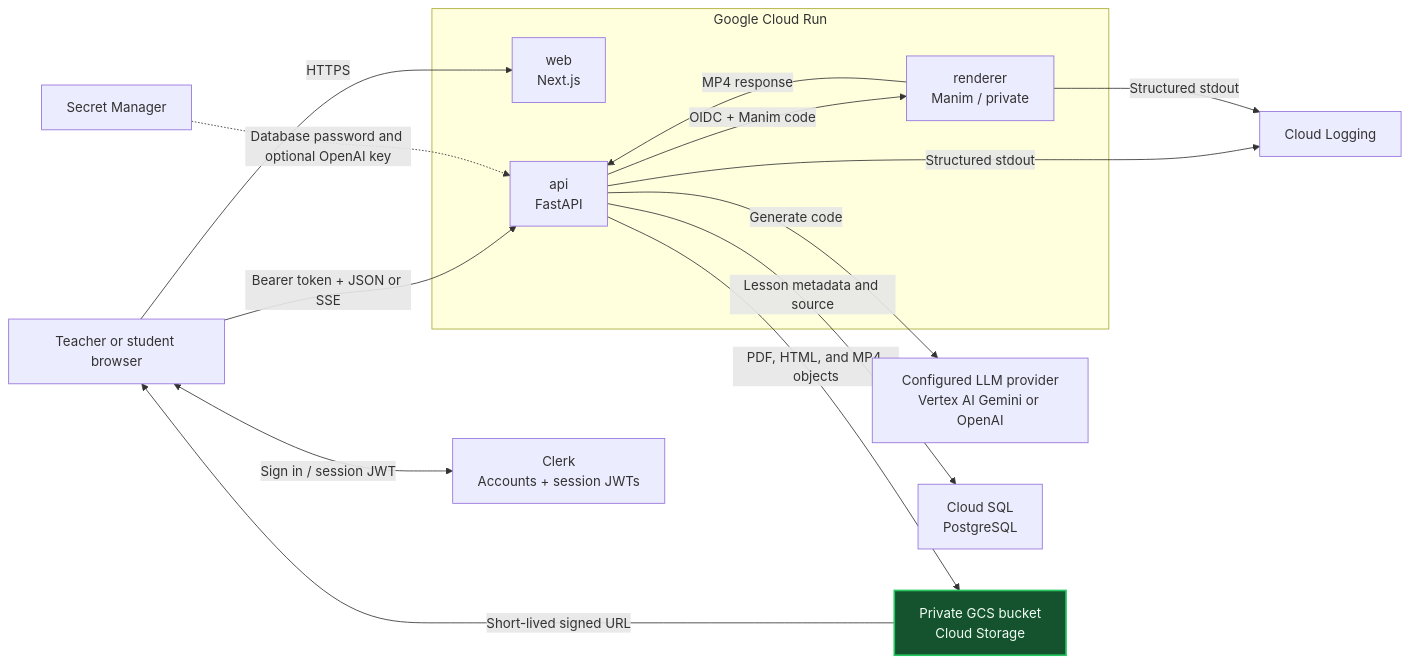
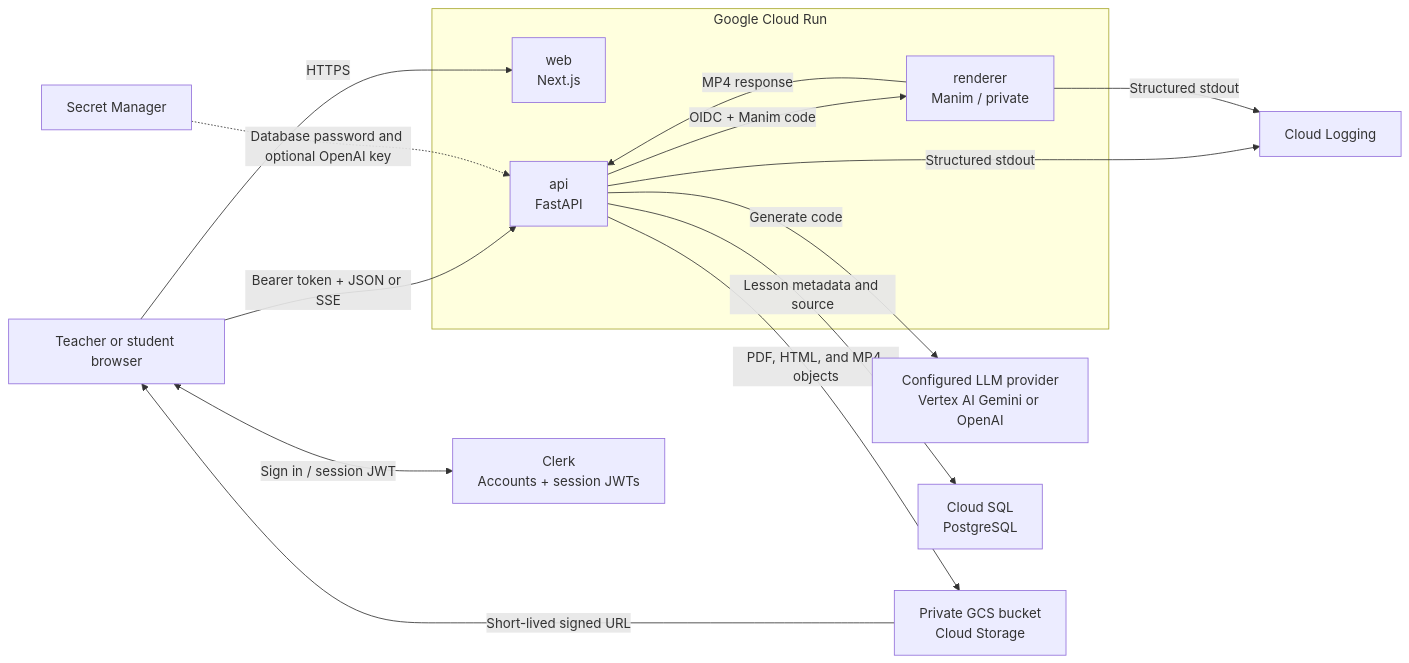
The diagram in README.md (avarzhou-ctrl/Chalksmith.ai), drawn with Mermaid before and after one commit. The commit also changed other lines of this file and 21 other files, not shown here.

````diff
--- a/README.md
+++ b/README.md
@@ -102,33 +102,31 @@
 ```mermaid
 flowchart LR
     Browser["Teacher or student browser"]
     Clerk["Clerk<br/>Accounts + session JWTs"]
     LLM["Configured LLM provider<br/>Vertex AI Gemini or OpenAI"]
 
     subgraph CloudRun["Google Cloud Run"]
         Web["web<br/>Next.js"]
         API["api<br/>FastAPI"]
         Renderer["renderer<br/>Manim / private"]
     end
 
     SQL["Cloud SQL<br/>PostgreSQL"]
     GCS["Private GCS bucket<br/>Cloud Storage"]
     Secrets["Secret Manager"]
     Logs["Cloud Logging"]
 
     Browser -->|"HTTPS"| Web
     Browser <-->|"Sign in / session JWT"| Clerk
     Browser -->|"Bearer token + JSON or SSE"| API
     API -->|"Generate code"| LLM
     API -->|"Lesson metadata and source"| SQL
     API -->|"PDF, HTML, and MP4 objects"| GCS
     API -->|"OIDC + Manim code"| Renderer
     Renderer -->|"MP4 response"| API
     Secrets -.->|"Database password and optional OpenAI key"| API
     API -->|"Structured stdout"| Logs
     Renderer -->|"Structured stdout"| Logs
     GCS -->|"Short-lived signed URL"| Browser
 
-    classDef managedData fill:#14532d,stroke:#22c55e,color:#f0fdf4,stroke-width:2px;
-    class GCS managedData;
 ```
````
